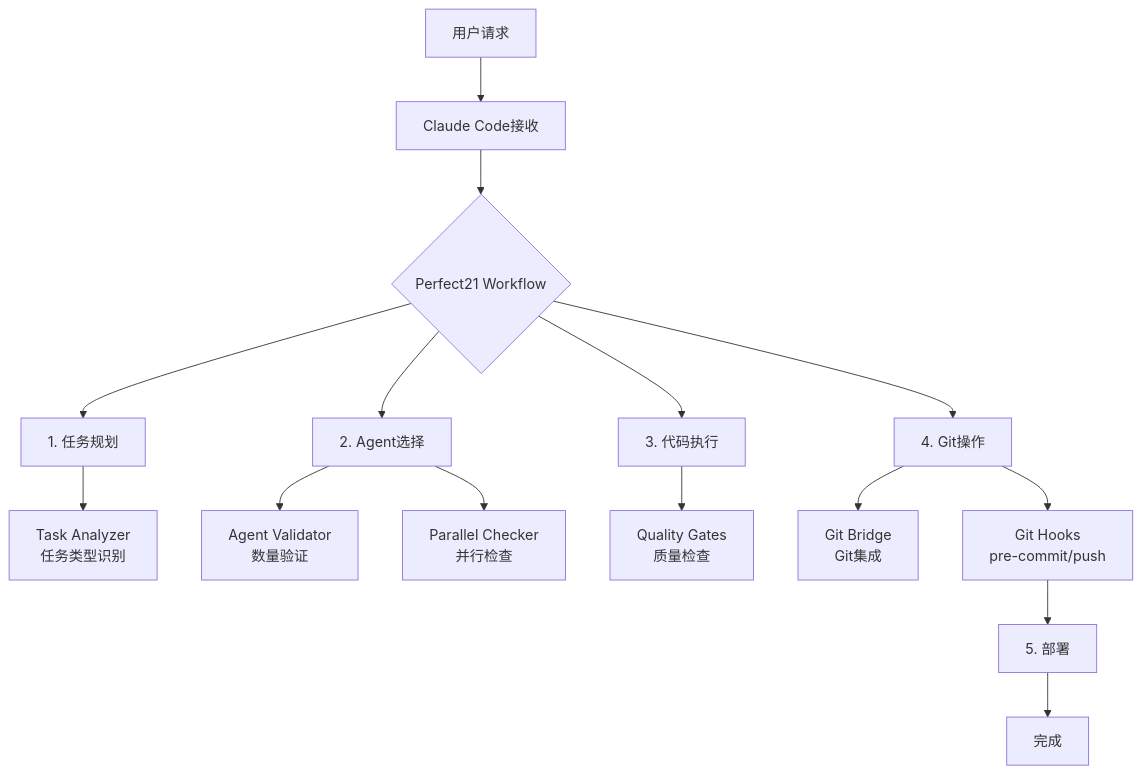
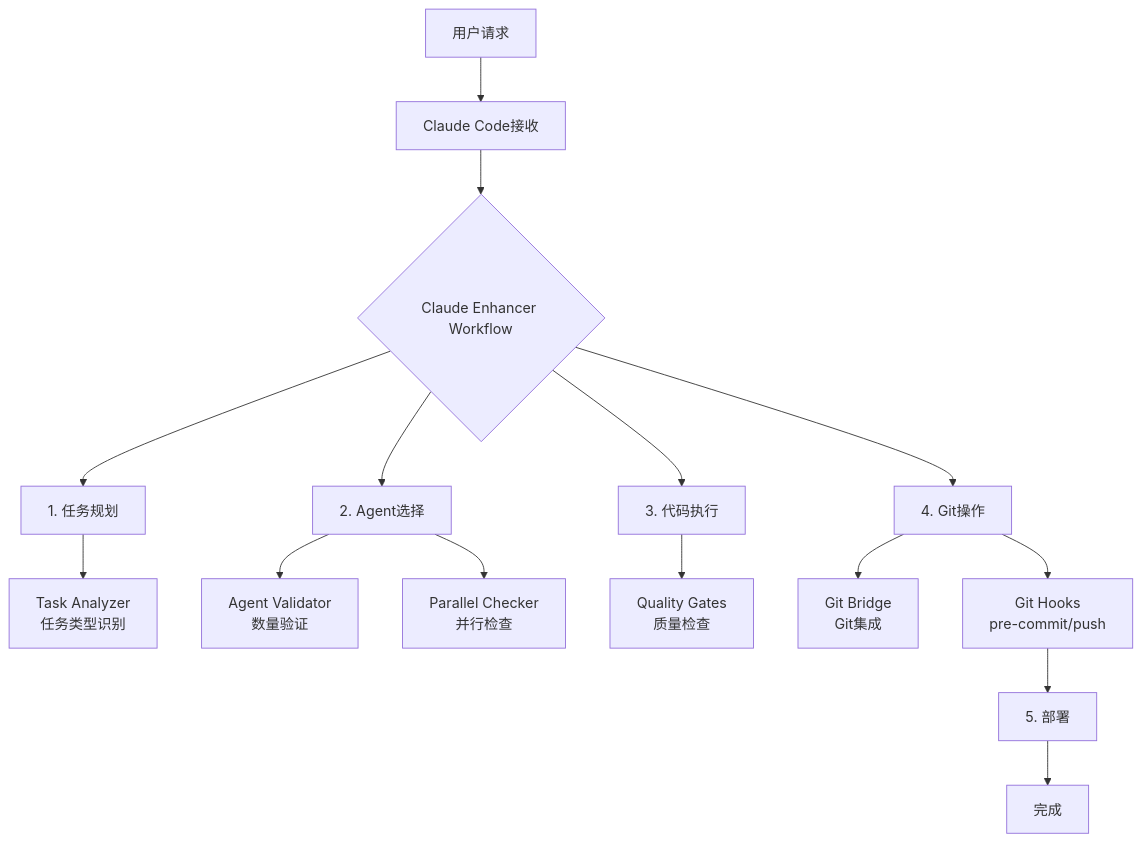
The diagram in .claude/hooks/README_WORKFLOW.md (perfectuser21/Claude_Enhancer), drawn with Mermaid before and after one commit. The commit also changed other lines of this file and 177 other files, not shown here.

````diff
--- a/.claude/hooks/README_WORKFLOW.md
+++ b/.claude/hooks/README_WORKFLOW.md
@@ -7,22 +7,22 @@
 ```mermaid
 graph TD
     A[用户请求] --> B[Claude Code接收]
-    B --> C{Perfect21 Workflow}
+    B --> C{Claude Enhancer Workflow}
 
     C --> D[1. 任务规划]
     D --> E[Task Analyzer<br/>任务类型识别]
 
     C --> F[2. Agent选择]
     F --> G[Agent Validator<br/>数量验证]
     F --> H[Parallel Checker<br/>并行检查]
 
     C --> I[3. 代码执行]
     I --> J[Quality Gates<br/>质量检查]
 
     C --> K[4. Git操作]
     K --> L[Git Bridge<br/>Git集成]
     K --> M[Git Hooks<br/>pre-commit/push]
 
     M --> N[5. 部署]
     N --> O[完成]
 ```
````
